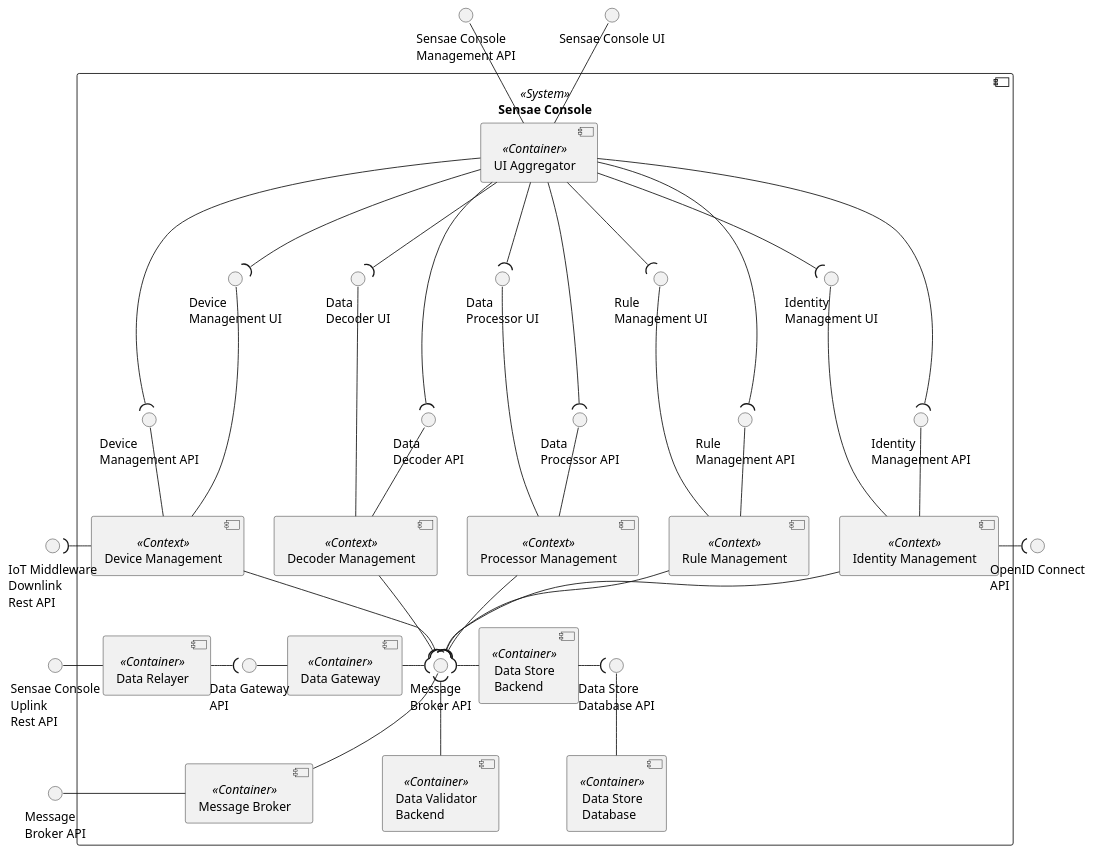
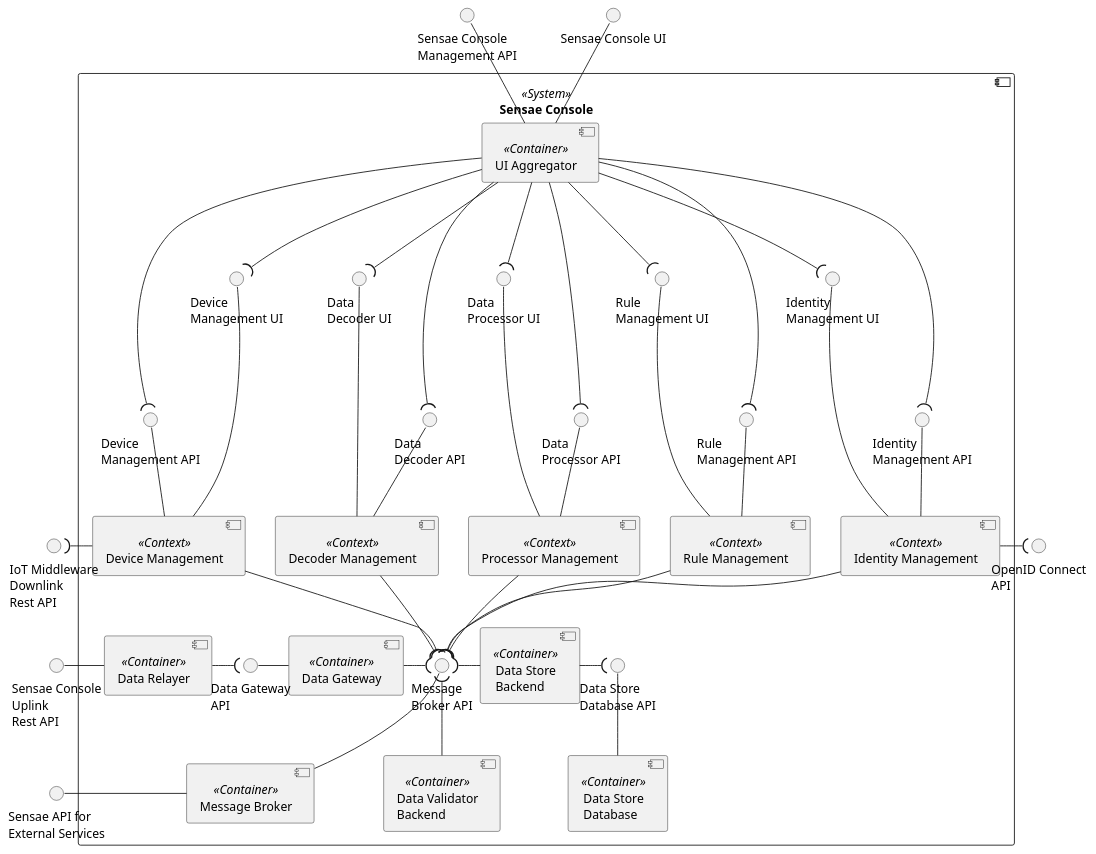
Before and after one commit to FilipeMCruz/dissertation: the diagram in assets/diagrams/design/architectural/level2/logical/contexts-v2.pu, drawn with PlantUML. The commit also changed 283 other files, not shown here.

```diff
--- a/assets/diagrams/design/architectural/level2/logical/contexts-v2.pu
+++ b/assets/diagrams/design/architectural/level2/logical/contexts-v2.pu
@@ -1,122 +1,122 @@
 @startuml contexts-v2
 
 interface "Sensae Console\nUplink\nRest API" as RELAY_API
 interface "OpenID Connect\nAPI" as OUT_ENDPOINT
 
 component "Sensae Console" <<System>> {
 
     component "UI Aggregator" <<Container>> as UI
 
     component "Device Management" <<Context>> as ID_MAN
     component "Rule Management" <<Context>> as RULE_MAN
     component "Decoder Management" <<Context>> as DECO_MAN
     component "Processor Management" <<Context>> as PROC_MAN
     component "Identity Management" <<Context>> as DEVI_MAN
 
     component "Message Broker" <<Container>> as MB
 
     interface "Message\nBroker API" as MB_API
 
     component "Data Gateway" <<Container>> as GATE
 
     interface "Data Gateway\nAPI" as GATE_API
 
     component "Data Relayer" <<Container>> as RELAY
 
     component "Data Validator\nBackend" <<Container>> as VALI
     component "Data Store\nBackend" <<Container>> as STORE
     component "Data Store\nDatabase" <<Container>> as STORE_DB
 
     interface "Data Store\nDatabase API" as STORE_DB_API
 
     STORE_DB_API -- STORE_DB
     STORE -( STORE_DB_API
     GATE_API - GATE
     RELAY -( GATE_API
 
     ID_MAN -[hidden]- RELAY
 
     interface "Device\nManagement API" as ID_MAN_API
     interface "Device\nManagement UI" as ID_MAN_UI
 
     ID_MAN_API -- ID_MAN
     ID_MAN_UI --- ID_MAN
 
     interface "Rule\nManagement API" as RULE_MAN_API
     interface "Rule\nManagement UI" as RULE_MAN_UI
 
     RULE_MAN_API -- RULE_MAN
     RULE_MAN_UI --- RULE_MAN
 
     interface "Identity\nManagement API" as DEVI_MAN_API
     interface "Identity\nManagement UI" as DEVI_MAN_UI
 
     DEVI_MAN_API -- DEVI_MAN
     DEVI_MAN_UI --- DEVI_MAN
 
     interface "Data\nDecoder API" as DECO_MAN_API
     interface "Data\nDecoder UI" as DECO_MAN_UI
 
     DECO_MAN_API -- DECO_MAN
     DECO_MAN_UI --- DECO_MAN
 
     interface "Data\nProcessor API" as PROC_MAN_API
     interface "Data\nProcessor UI" as PROC_MAN_UI
 
     PROC_MAN_API -- PROC_MAN
     PROC_MAN_UI --- PROC_MAN
 
     UI --( PROC_MAN_API
     UI --( PROC_MAN_UI
 
     UI --( DECO_MAN_API
     UI --( DECO_MAN_UI
 
     UI --( DEVI_MAN_API
     UI --( DEVI_MAN_UI
 
     UI --( RULE_MAN_API
     UI --( RULE_MAN_UI
 
     UI --( ID_MAN_API
     UI --( ID_MAN_UI
 }
 
-interface "Message\nBroker API" as MB_API2
+interface "Sensae API for\nExternal Services" as MB_API2
 
 MB_API2 - MB
 
 DEVI_MAN -( OUT_ENDPOINT
 
 interface "IoT Middleware\nDownlink\nRest API" as OPENID
 
 OPENID )- ID_MAN
 
 RELAY_API - RELAY
 
 MB_API )- STORE
 MB_API )-- VALI
 
 ID_MAN -[hidden]- RELAY_API
 OPENID -[hidden]- RELAY_API
 GATE_API -[hidden] MB
 RELAY_API -[hidden] MB_API2
 
 MB_API -- MB
 
 PROC_MAN --( MB_API
 DEVI_MAN --( MB_API
 DECO_MAN --( MB_API
 ID_MAN --( MB_API
 RULE_MAN --( MB_API
 GATE -( MB_API
 
 DEVI_MAN_API -[hidden]- OUT_ENDPOINT
 
 interface "Sensae Console\nManagement API" as API
 interface "Sensae Console UI" as UI_API
 
 API -- UI
 UI_API -- UI
 
 @enduml
```
